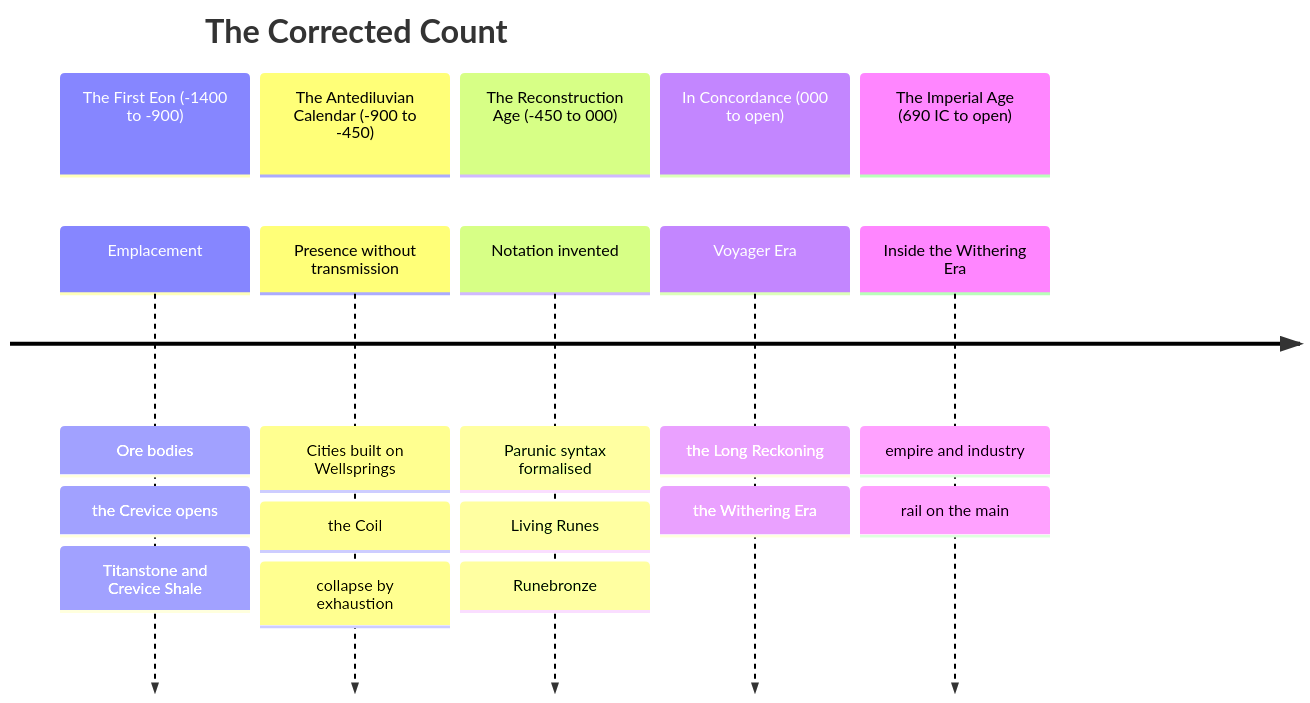
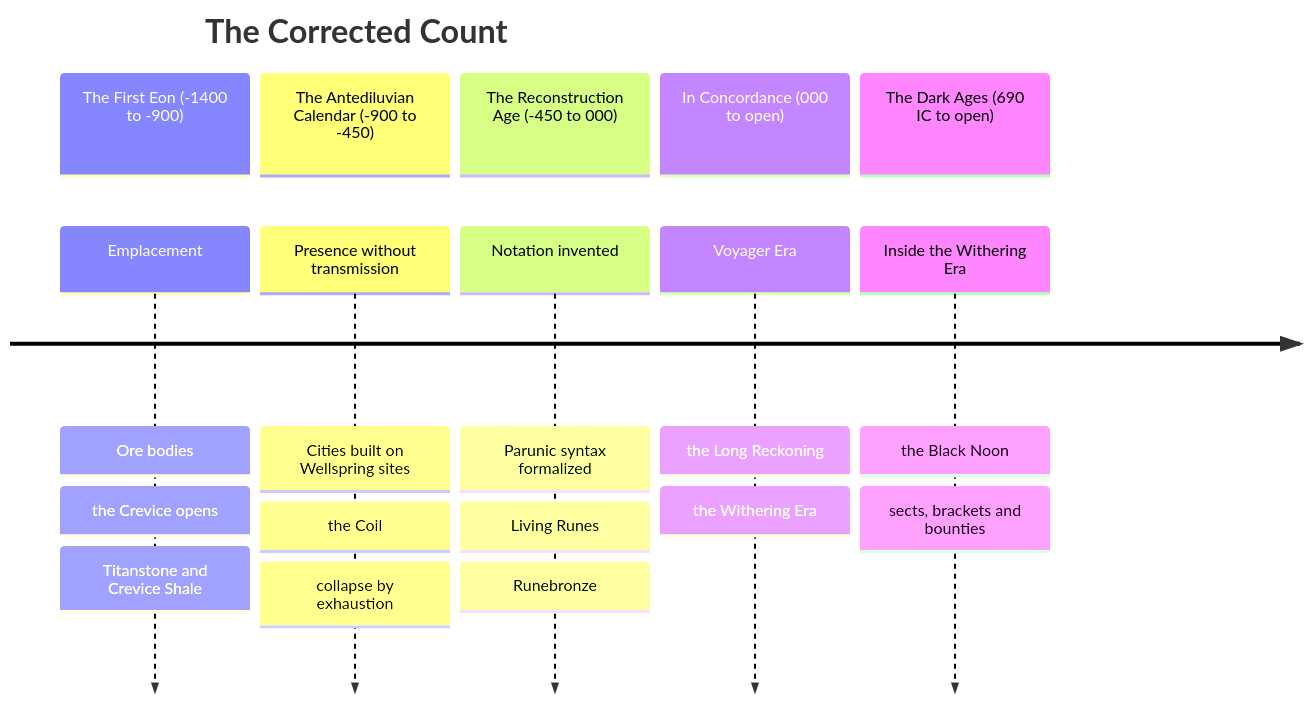
Before and after one commit to vispotvision/wotr-rule-index: the first of 2 diagrams in wiki/Cosmology & Metaphysics/Ages and Reckoning/The Concordance of Ages.md, drawn with Mermaid. The commit also changed other lines of this file and 66 other files, not shown here.

````diff
--- a/wiki/Cosmology & Metaphysics/Ages and Reckoning/The Concordance of Ages.md
+++ b/wiki/Cosmology & Metaphysics/Ages and Reckoning/The Concordance of Ages.md
@@ -33,14 +46,14 @@
 ```mermaid
 timeline
     title The Corrected Count
     section The First Eon (-1400 to -900)
         Emplacement : Ore bodies : the Crevice opens : Titanstone and Crevice Shale
     section The Antediluvian Calendar (-900 to -450)
-        Presence without transmission : Cities built on Wellsprings : the Coil : collapse by exhaustion
+        Presence without transmission : Cities built on Wellspring sites : the Coil : collapse by exhaustion
     section The Reconstruction Age (-450 to 000)
-        Notation invented : Parunic syntax formalised : Living Runes : Runebronze
+        Notation invented : Parunic syntax formalized : Living Runes : Runebronze
     section In Concordance (000 to open)
         Voyager Era : the Long Reckoning : the Withering Era
-    section The Imperial Age (690 IC to open)
-        Inside the Withering Era : empire and industry : rail on the main
+    section The Dark Ages (690 IC to open)
+        Inside the Withering Era : the Black Noon : sects, brackets and bounties
 ```
````
